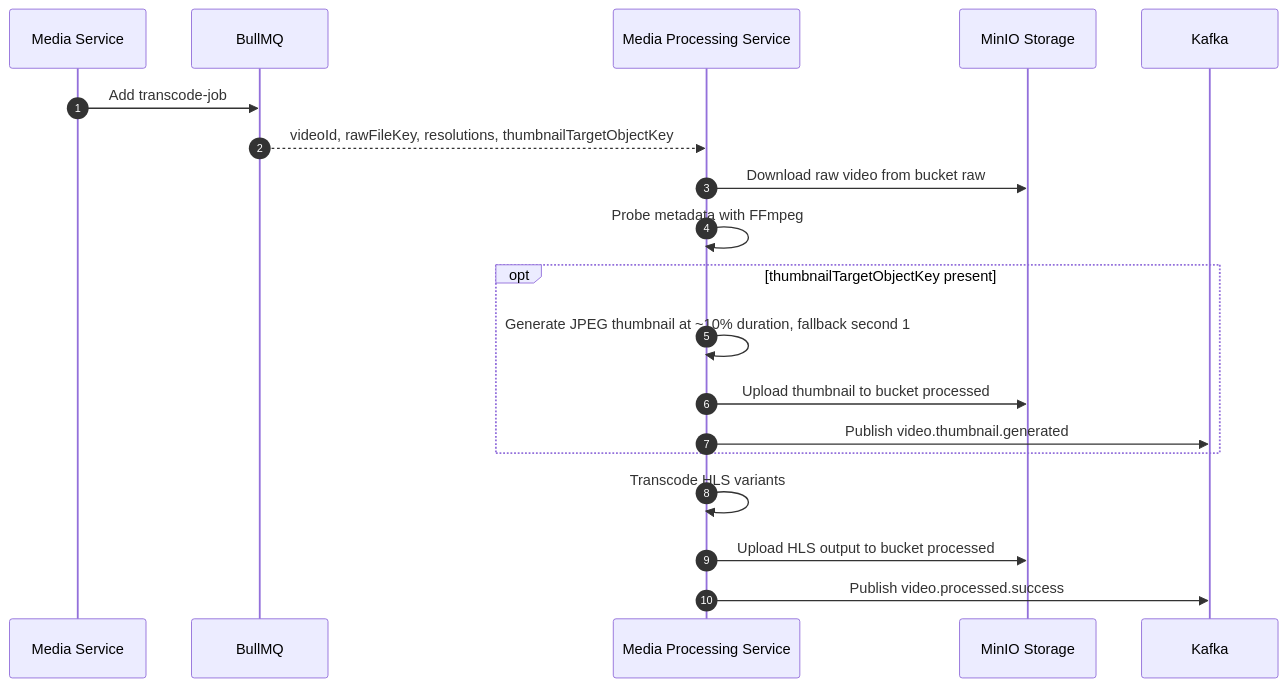
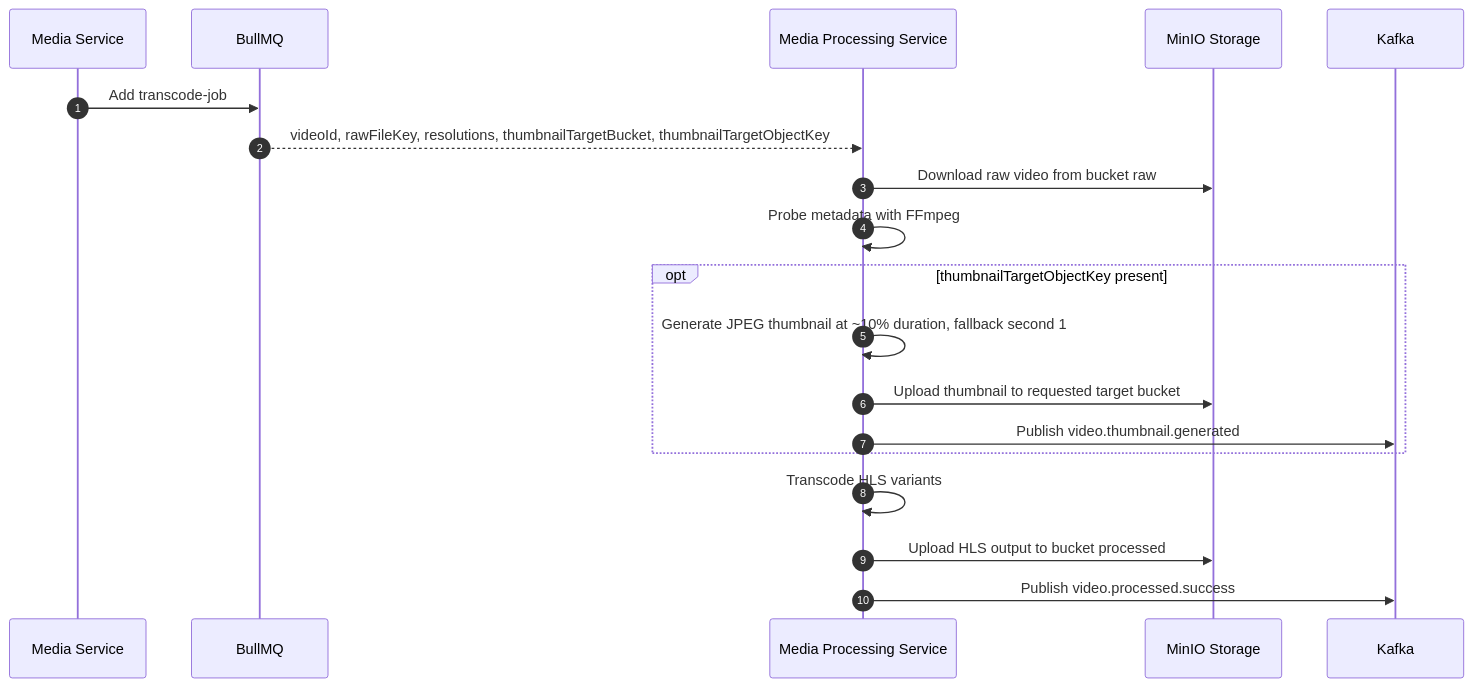
The diagram in docs/FLOWS.md (nanhph04/media-prc-service-da), drawn with Mermaid before and after one commit. The commit also changed other lines of this file and 7 other files, not shown here.

Commit message:
feat: add public bucket configuration for MinIO and update thumbnail handling in video processing

````diff
--- a/docs/FLOWS.md
+++ b/docs/FLOWS.md
@@ -5,22 +5,22 @@
 ```mermaid
 sequenceDiagram
     autonumber
     participant Media as Media Service
     participant Queue as BullMQ
     participant Processor as Media Processing Service
     participant Storage as MinIO Storage
     participant Kafka
 
     Media->>Queue: Add transcode-job
-    Queue-->>Processor: videoId, rawFileKey, resolutions, thumbnailTargetObjectKey
+    Queue-->>Processor: videoId, rawFileKey, resolutions, thumbnailTargetBucket, thumbnailTargetObjectKey
     Processor->>Storage: Download raw video from bucket raw
     Processor->>Processor: Probe metadata with FFmpeg
     opt thumbnailTargetObjectKey present
         Processor->>Processor: Generate JPEG thumbnail at ~10% duration, fallback second 1
-        Processor->>Storage: Upload thumbnail to bucket processed
+        Processor->>Storage: Upload thumbnail to requested target bucket
         Processor->>Kafka: Publish video.thumbnail.generated
     end
     Processor->>Processor: Transcode HLS variants
     Processor->>Storage: Upload HLS output to bucket processed
     Processor->>Kafka: Publish video.processed.success
 ```
````
